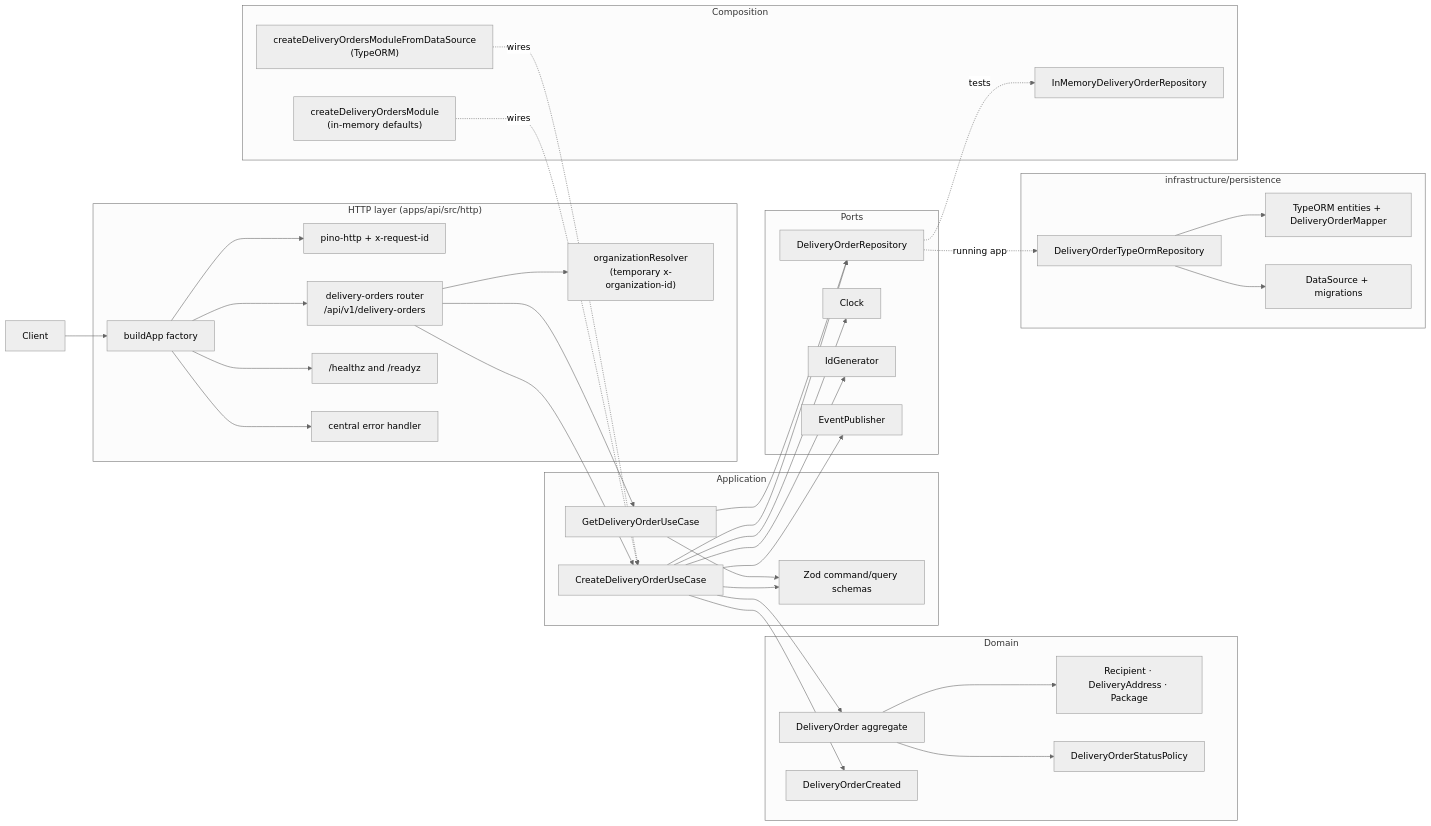
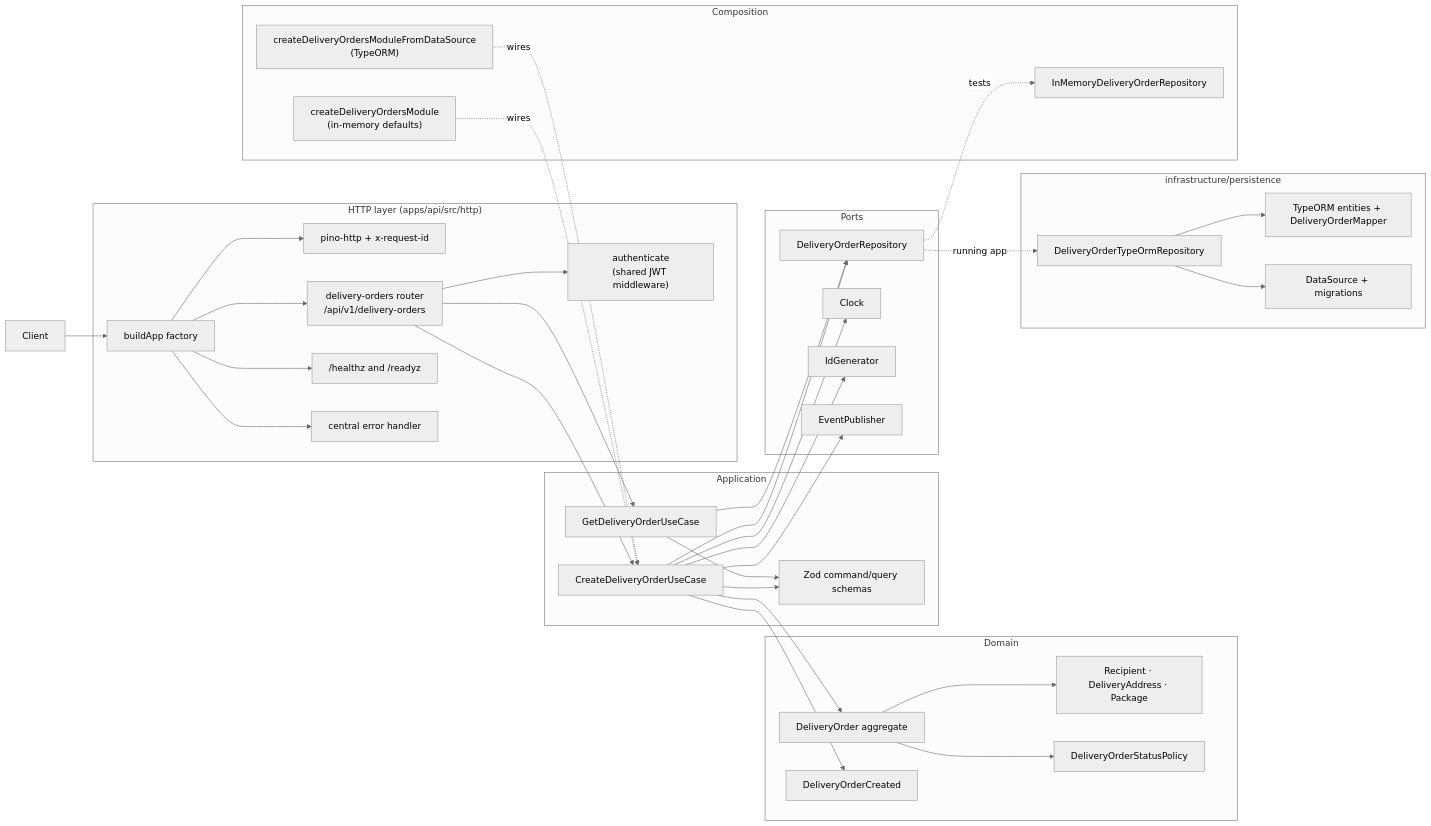
One commit to YordyBl/erp-logistic-gps changed the first of 3 diagrams in apps/api/src/modules/delivery-orders/docs/architecture.md. Above: the diagram before and after it, drawn with Mermaid (neutral theme). The commit also changed other lines of this file and 5 other files, not shown here.

````diff
--- a/apps/api/src/modules/delivery-orders/docs/architecture.md
+++ b/apps/api/src/modules/delivery-orders/docs/architecture.md
@@ -24,71 +24,71 @@
 ```mermaid
 flowchart LR
     Client["Client"]
 
     subgraph HTTPLayer["HTTP layer (apps/api/src/http)"]
         App["buildApp factory"]
         Log["pino-http + x-request-id"]
         Routes["delivery-orders router<br/>/api/v1/delivery-orders"]
-        Org["organizationResolver<br/>(temporary x-organization-id)"]
+        Auth["authenticate<br/>(shared JWT middleware)"]
         Health["/healthz and /readyz"]
         ErrorHandler["central error handler"]
     end
 
     subgraph Application
         Create["CreateDeliveryOrderUseCase"]
         Get["GetDeliveryOrderUseCase"]
         Schema["Zod command/query schemas"]
     end
 
     subgraph Domain
         Order["DeliveryOrder aggregate"]
         VOs["Recipient · DeliveryAddress · Package"]
         Policy["DeliveryOrderStatusPolicy"]
         Event["DeliveryOrderCreated"]
     end
 
     subgraph Ports
         Repo["DeliveryOrderRepository"]
         Clock["Clock"]
         Ids["IdGenerator"]
         Events["EventPublisher"]
     end
 
     subgraph Persistence["infrastructure/persistence"]
         TypeOrmRepo["DeliveryOrderTypeOrmRepository"]
         Mapper["TypeORM entities + DeliveryOrderMapper"]
         DataSource["DataSource + migrations"]
     end
 
     subgraph Composition
         Root["createDeliveryOrdersModule<br/>(in-memory defaults)"]
         FromDataSource["createDeliveryOrdersModuleFromDataSource<br/>(TypeORM)"]
         Memory["InMemoryDeliveryOrderRepository"]
     end
 
     Client --> App
     App --> Log
     App --> Routes
     App --> Health
     App --> ErrorHandler
-    Routes --> Org
+    Routes --> Auth
     Routes --> Create
     Routes --> Get
     Create --> Schema
     Get --> Schema
     Create --> Order
     Order --> VOs
     Order --> Policy
     Create --> Event
     Create --> Repo
     Create --> Clock
     Create --> Ids
     Create --> Events
     Get --> Repo
     Repo -. tests .-> Memory
     Repo -. running app .-> TypeOrmRepo
     TypeOrmRepo --> Mapper
     TypeOrmRepo --> DataSource
     Root -. wires .-> Create
     FromDataSource -. wires .-> Create
 ```
````
